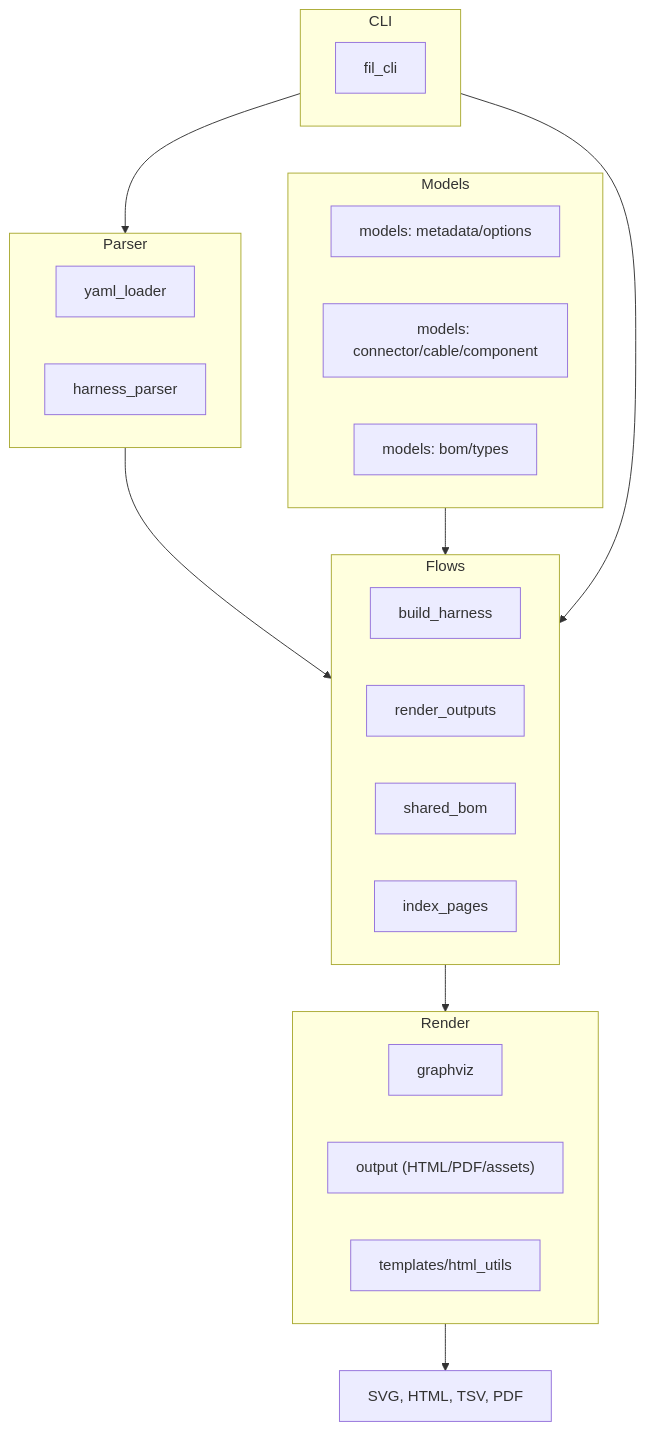
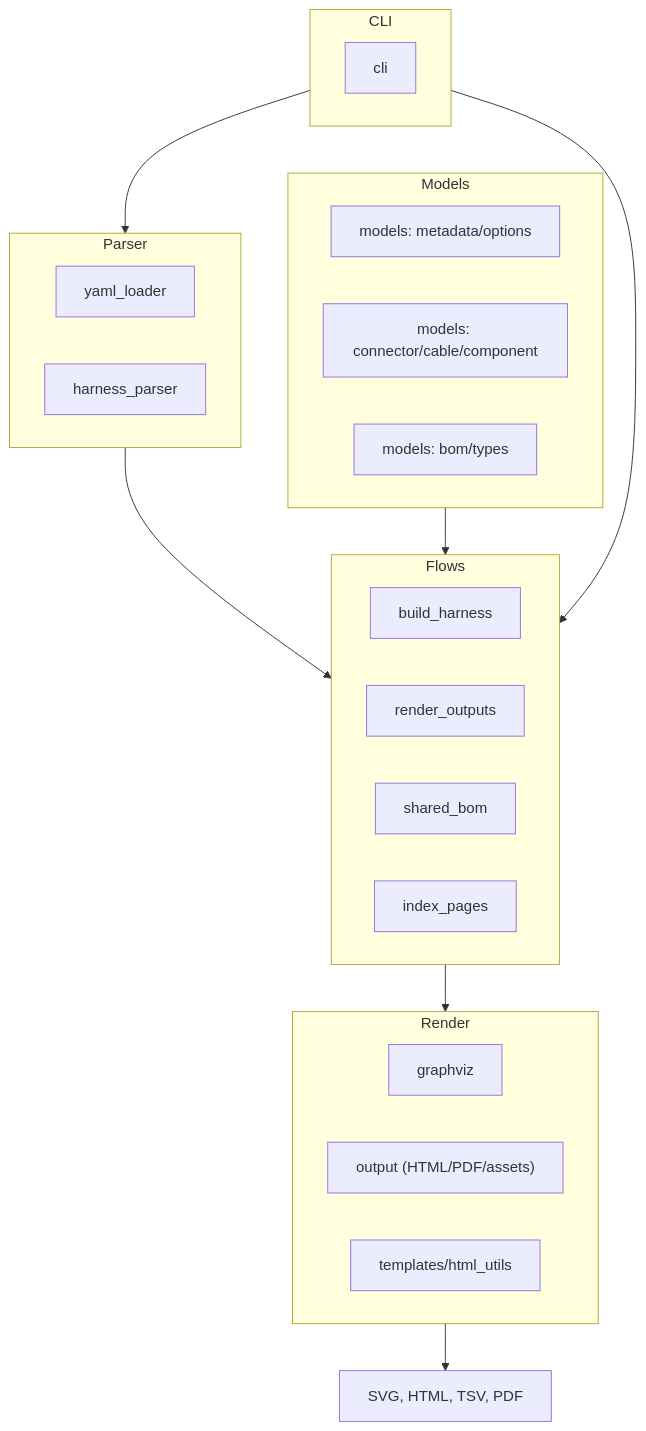
One commit to laurierloi/filare changed the diagram in docs/architecture.md. Above: the diagram before and after it, drawn with Mermaid. The commit also changed other lines of this file and 8 other files, not shown here.

````diff
--- a/docs/architecture.md
+++ b/docs/architecture.md
@@ -12,37 +12,37 @@
 ```mermaid
 flowchart TD
   subgraph Models
     A1[models: metadata/options]
     A2[models: connector/cable/component]
     A3[models: bom/types]
   end
 
   subgraph Parser
     P1[yaml_loader]
     P2[harness_parser]
   end
 
   subgraph Flows
     F1[build_harness]
     F2[render_outputs]
     F3[shared_bom]
     F4[index_pages]
   end
 
   subgraph Render
     R1[graphviz]
     R2["output (HTML/PDF/assets)"]
     R3[templates/html_utils]
   end
 
   subgraph CLI
-    C1[fil_cli]
+    C1[cli]
   end
 
   Parser --> Flows
   Models --> Flows
   Flows --> Render
   Render --> Outputs["SVG, HTML, TSV, PDF"]
   CLI --> Parser
   CLI --> Flows
 ```
````
